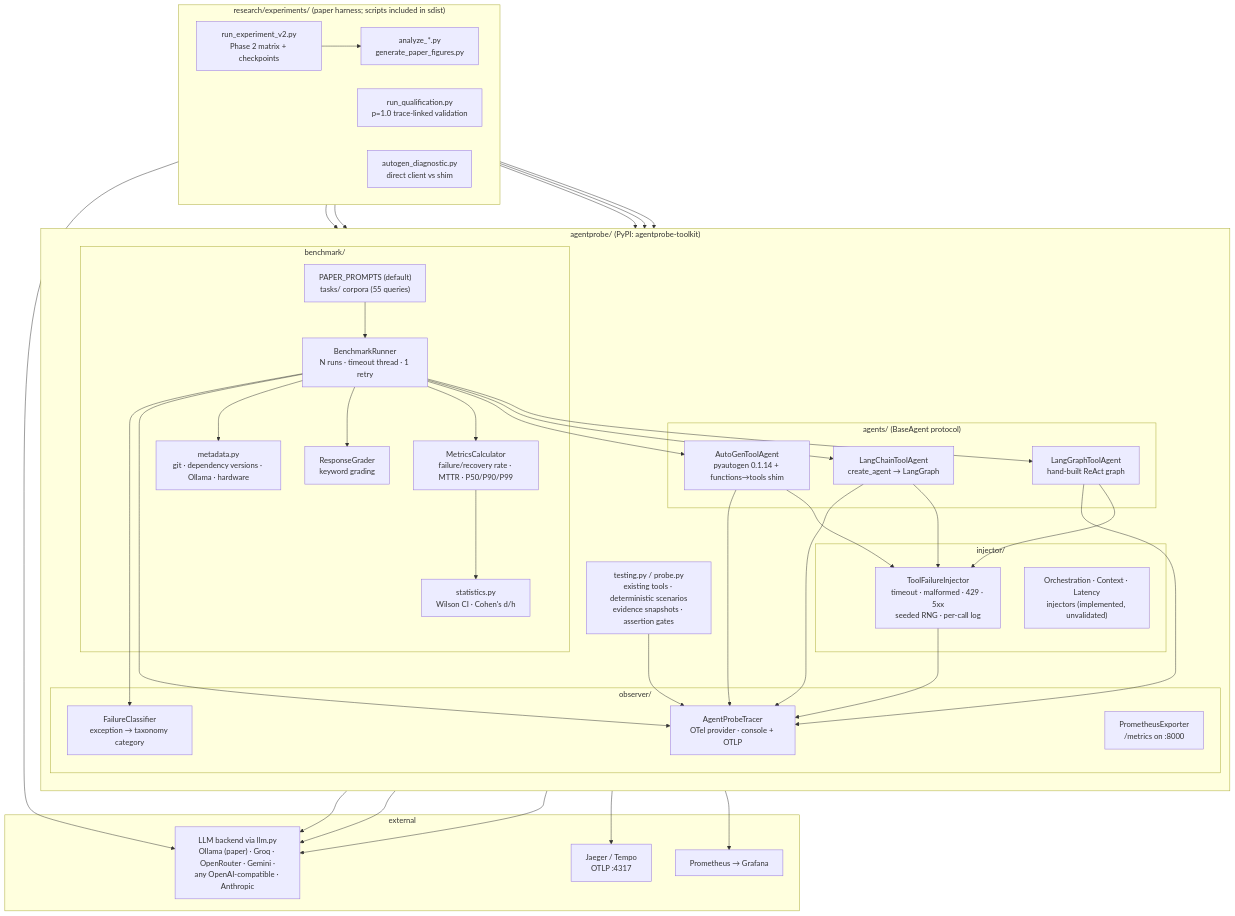
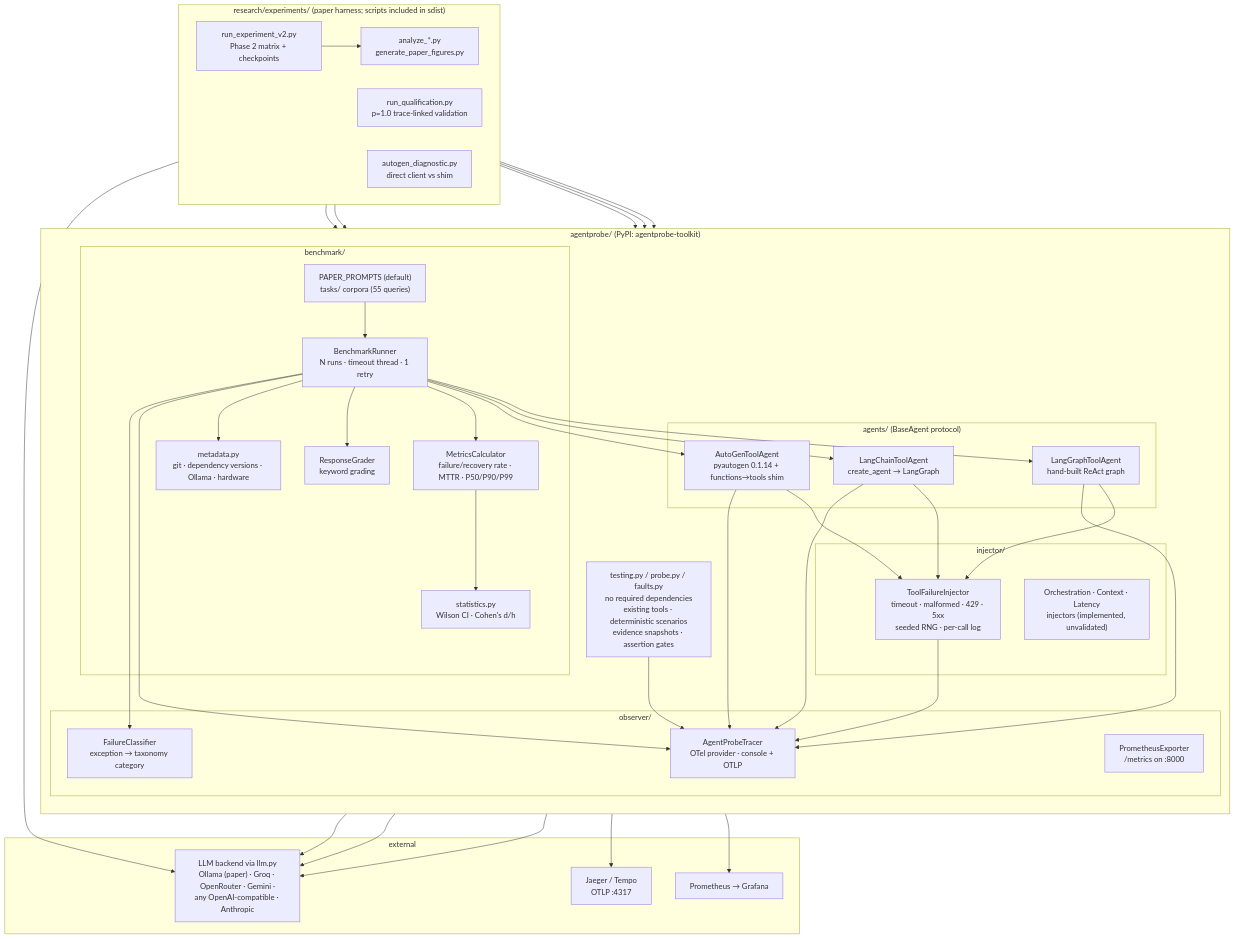
The first of 6 diagrams in ARCHITECTURE.md (chhayankjain/AgentProbe), drawn with Mermaid before and after one commit. The commit also changed 27 other files, not shown here.

````diff
--- a/ARCHITECTURE.md
+++ b/ARCHITECTURE.md
@@ -11,58 +11,58 @@
 ```mermaid
 flowchart TB
     subgraph EXP["research/experiments/  (paper harness; scripts included in sdist)"]
         direction LR
         RUNv2["run_experiment_v2.py<br/>Phase 2 matrix + checkpoints"]
         QUAL["run_qualification.py<br/>p=1.0 trace-linked validation"]
         DIAG["autogen_diagnostic.py<br/>direct client vs shim"]
         AN["analyze_*.py<br/>generate_paper_figures.py"]
     end
 
     subgraph PKG["agentprobe/  (PyPI: agentprobe-toolkit)"]
         direction TB
-        PROBE["testing.py / probe.py<br/>existing tools · deterministic scenarios<br/>evidence snapshots · assertion gates"]
+        PROBE["testing.py / probe.py / faults.py<br/>no required dependencies<br/>existing tools · deterministic scenarios<br/>evidence snapshots · assertion gates"]
         subgraph BENCH["benchmark/"]
             RUNNER["BenchmarkRunner<br/>N runs · timeout thread · 1 retry"]
             METRICS["MetricsCalculator<br/>failure/recovery rate · MTTR · P50/P90/P99"]
             GRADER["ResponseGrader<br/>keyword grading"]
             STATS["statistics.py<br/>Wilson CI · Cohen's d/h"]
             TASKS["PAPER_PROMPTS (default)<br/>tasks/ corpora (55 queries)"]
             META["metadata.py<br/>git · dependency versions · Ollama · hardware"]
         end
         subgraph AGENTS["agents/  (BaseAgent protocol)"]
             LG["LangGraphToolAgent<br/>hand-built ReAct graph"]
             LC["LangChainToolAgent<br/>create_agent → LangGraph"]
             AG["AutoGenToolAgent<br/>pyautogen 0.1.14 + functions→tools shim"]
         end
         subgraph INJ["injector/"]
             TOOLINJ["ToolFailureInjector<br/>timeout · malformed · 429 · 5xx<br/>seeded RNG · per-call log"]
             OTHERINJ["Orchestration · Context · Latency<br/>injectors (implemented, unvalidated)"]
         end
         subgraph OBS["observer/"]
             TRACER["AgentProbeTracer<br/>OTel provider · console + OTLP"]
             CLS["FailureClassifier<br/>exception → taxonomy category"]
             PROM["PrometheusExporter<br/>/metrics on :8000"]
         end
     end
 
     subgraph EXT["external"]
         LLM["LLM backend via llm.py<br/>Ollama (paper) · Groq · OpenRouter · Gemini ·<br/>any OpenAI-compatible · Anthropic"]
         OTELB["Jaeger / Tempo<br/>OTLP :4317"]
         PROMS["Prometheus → Grafana"]
     end
 
     RUNv2 --> RUNNER
     QUAL --> LG & LC & AG
     DIAG --> AG & LLM
     RUNNER --> LG & LC & AG
     RUNNER --> METRICS & GRADER & META
     METRICS --> STATS
     TASKS --> RUNNER
     LG & LC & AG --> TOOLINJ
     LG & LC & AG --> LLM
     PROBE & TOOLINJ & RUNNER & LG & LC & AG --> TRACER
     RUNNER --> CLS
     TRACER --> OTELB
     PROM --> PROMS
     RUNv2 --> AN
 ```
````
